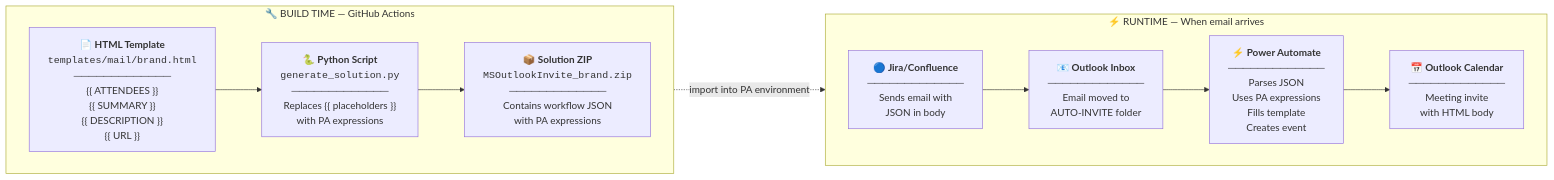
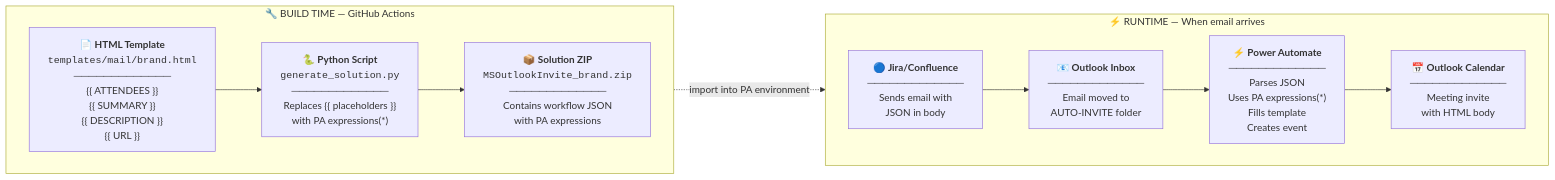
Before and after one commit to johantre/ms-outlook-invite: the diagram in YOURTEMPLATE.md, drawn with Mermaid.

Commit message:
just is just

````diff
--- a/YOURTEMPLATE.md
+++ b/YOURTEMPLATE.md
@@ -9,21 +9,21 @@
 ```mermaid
 flowchart LR
     subgraph BUILD ["🔧 BUILD TIME — GitHub Actions"]
         direction LR
         TPL["📄 <b>HTML Template</b><br/><code>templates/mail/brand.html</code><br/>─────────────<br/>{{ ATTENDEES }}<br/>{{ SUMMARY }}<br/>{{ DESCRIPTION }}<br/>{{ URL }}"]
-        SCRIPT["🐍 <b>Python Script</b><br/><code>generate_solution.py</code><br/>─────────────<br/>Replaces {{ placeholders }}<br/>with PA expressions"]
+        SCRIPT["🐍 <b>Python Script</b><br/><code>generate_solution.py</code><br/>─────────────<br/>Replaces {{ placeholders }}<br/>with PA expressions(*)"]
         SOL["📦 <b>Solution ZIP</b><br/><code>MSOutlookInvite_brand.zip</code><br/>─────────────<br/>Contains workflow JSON<br/>with PA expressions"]
         TPL --> SCRIPT --> SOL
     end
 
     subgraph RUNTIME ["⚡ RUNTIME — When email arrives"]
         direction LR
         JIRA["🔵 <b>Jira/Confluence</b><br/>─────────────<br/>Sends email with<br/>JSON in body"]
         EMAIL["📧 <b>Outlook Inbox</b><br/>─────────────<br/>Email moved to<br/>AUTO-INVITE folder"]
-        PA["⚡ <b>Power Automate</b><br/>─────────────<br/>Parses JSON<br/>Uses PA expressions<br/>Fills template<br/>Creates event"]
+        PA["⚡ <b>Power Automate</b><br/>─────────────<br/>Parses JSON<br/>Uses PA expressions(*)<br/>Fills template<br/>Creates event"]
         CAL["📅 <b>Outlook Calendar</b><br/>─────────────<br/>Meeting invite<br/>with HTML body"]
         JIRA --> EMAIL --> PA --> CAL
     end
 
     SOL -.->|"import into PA environment"| PA
 ```
````
